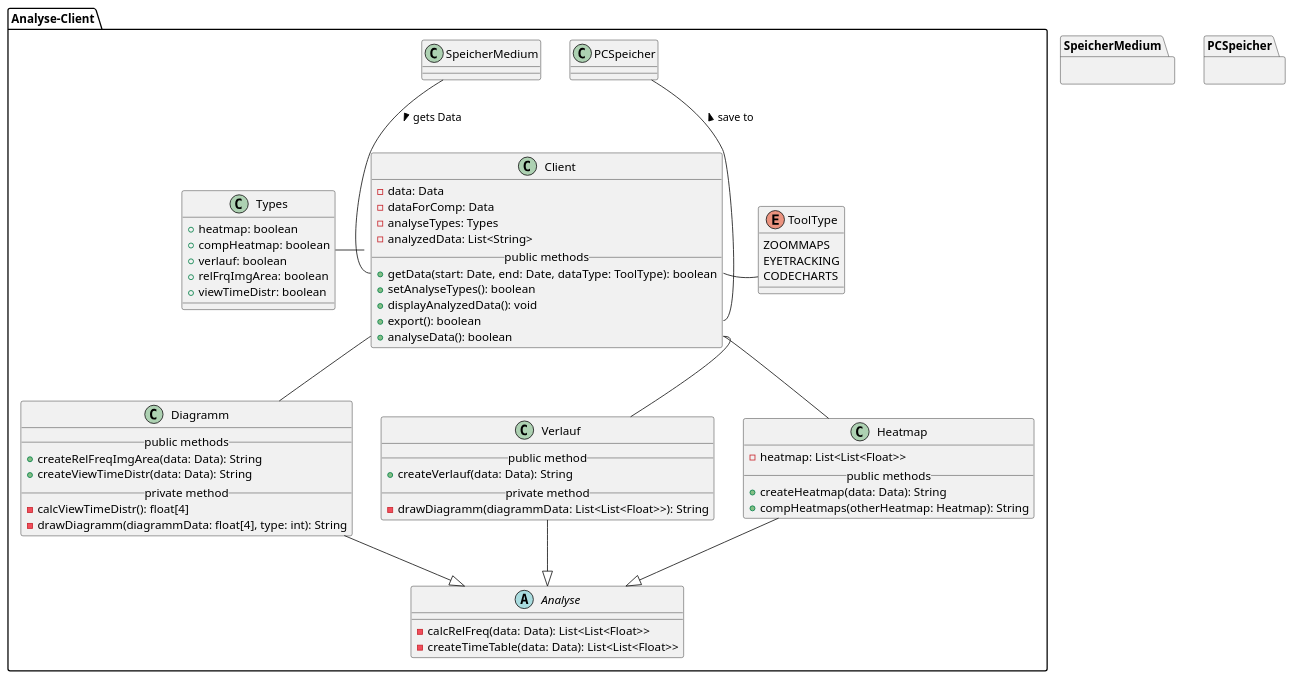
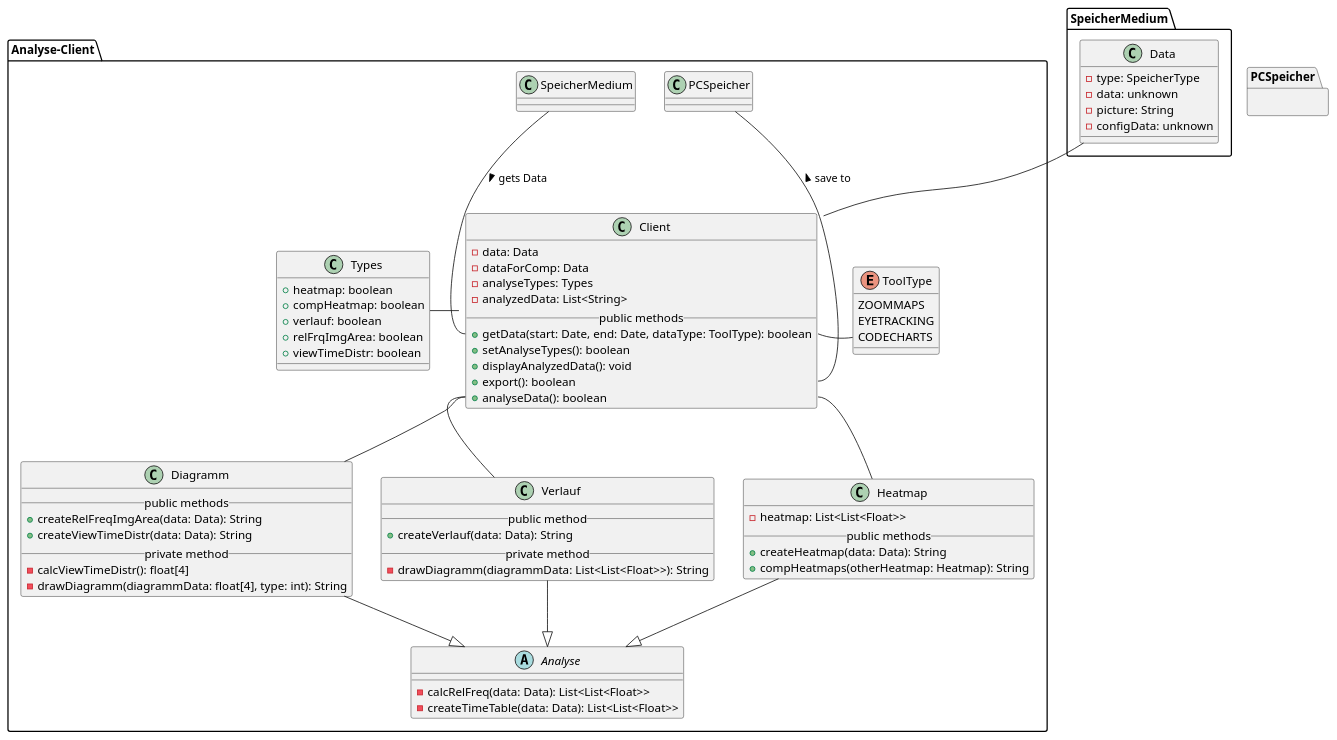
One commit to weichware10/meilensteine changed the diagram in meilenstein_03/uml-analyse-client/analyseclient.puml. Above: the diagram before and after it, drawn with PlantUML.

Commit message:
Beziehung zu SpeicherMedium

```diff
--- a/meilenstein_03/uml-analyse-client/analyseclient.puml
+++ b/meilenstein_03/uml-analyse-client/analyseclient.puml
@@ -1,91 +1,105 @@
 @startuml analyseclient
 
 ' === ANALYSE CLIENT ===
 package Analyse-Client{
   
   ' Client
   class Client {
     - data: Data
     - dataForComp: Data
     - analyseTypes: Types
     - analyzedData: List<String>
     __public methods__
     + getData(start: Date, end: Date, dataType: ToolType): boolean
     + setAnalyseTypes(): boolean
     + displayAnalyzedData(): void
     + export(): boolean
     + analyseData(): boolean
   }
 
   ' Analyse
   abstract Analyse {
     - calcRelFreq(data: Data): List<List<Float>>
     - createTimeTable(data: Data): List<List<Float>>
   }
 
   ' Heatmap
   class Heatmap {
     - heatmap: List<List<Float>>
     __public methods__
     + createHeatmap(data: Data): String
     + compHeatmaps(otherHeatmap: Heatmap): String
   }
 
   ' Verlauf
   class Verlauf {
     __public method__
     + createVerlauf(data: Data): String
     __private method__
     - drawDiagramm(diagrammData: List<List<Float>>): String
   }
 
   ' Diagramm
   class Diagramm {
     __public methods__
     + createRelFreqImgArea(data: Data): String
     + createViewTimeDistr(data: Data): String
     __private method__
     - calcViewTimeDistr(): float[4]
     - drawDiagramm(diagrammData: float[4], type: int): String
   }
 
   ' Types
   class Types {
     + heatmap: boolean
     + compHeatmap: boolean
     + verlauf: boolean
     + relFrqImgArea: boolean
     + viewTimeDistr: boolean
   }
 
   ' Typen der erhobenen Daten
   enum ToolType {
     ZOOMMAPS
     EYETRACKING
     CODECHARTS
   }
 
   ' Vererbung
   Analyse <|-u- Heatmap
   Analyse <|-u- Verlauf
   Analyse <|-u- Diagramm
 
   ' Interaktionen
   Client::getData -r- ToolType
   Client::analyseData -d- Heatmap 
   Client::analyseData -d- Verlauf
   Client::analyseData -d- Diagramm
   Client -l- Types
 
   ' Andere Module
   Client::getData -u- SpeicherMedium : < gets Data
   Client::export -u- PCSpeicher : > save to
 
 }
 
 ' Blackbox
-package SpeicherMedium {}
 
 package PCSpeicher {}
 
+package SpeicherMedium {
+  
+  ' Data
+  class Data {
+    - type: SpeicherType
+    - data: unknown
+    - picture: String
+    - configData: unknown
+  }
+}
+
+' Interaktionen
+Client -u- Data
+
+
 @enduml
```
